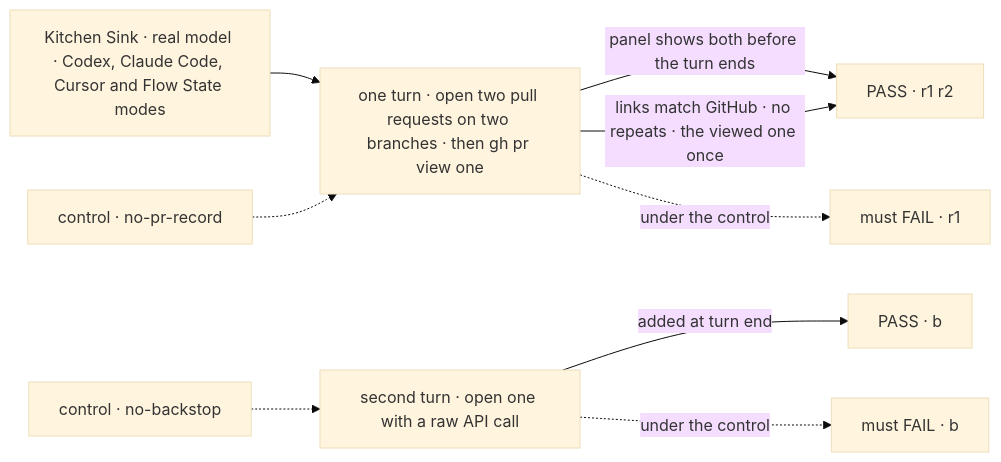
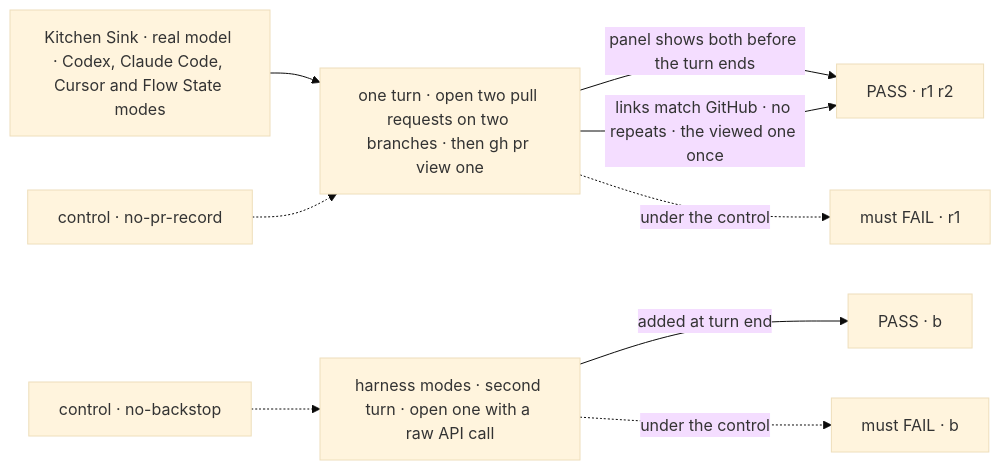
Before and after one commit to fixpoint-labs/flow-state-dev: the first of 2 diagrams in specs/issues/FIX-2268/SPEC.md, drawn with Mermaid (base theme). The commit also changed other lines of this file and 1 other file, not shown here.

First line of the commit message:
spec(FIX-2268): scope leg b to harness modes; name writePullRequests in the diff

````diff
--- a/specs/issues/FIX-2268/SPEC.md
+++ b/specs/issues/FIX-2268/SPEC.md
@@ -32,11 +32,11 @@
 ```mermaid
 flowchart LR
   K["Kitchen Sink · real model · Codex, Claude Code, Cursor and Flow State modes"] --> T["one turn · open two pull requests on two branches · then gh pr view one"]
   T -->|"panel shows both before the turn ends"| P["PASS · r1 r2"]
   T -->|"links match GitHub · no repeats · the viewed one once"| P
-  M["second turn · open one with a raw API call"] -->|"added at turn end"| P2["PASS · b"]
+  M["harness modes · second turn · open one with a raw API call"] -->|"added at turn end"| P2["PASS · b"]
   C["control · no-pr-record"] -.-> T
   T -.->|"under the control"| F["must FAIL · r1"]
   C2["control · no-backstop"] -.-> M
   M -.->|"under the control"| F2["must FAIL · b"]
 ```
````
